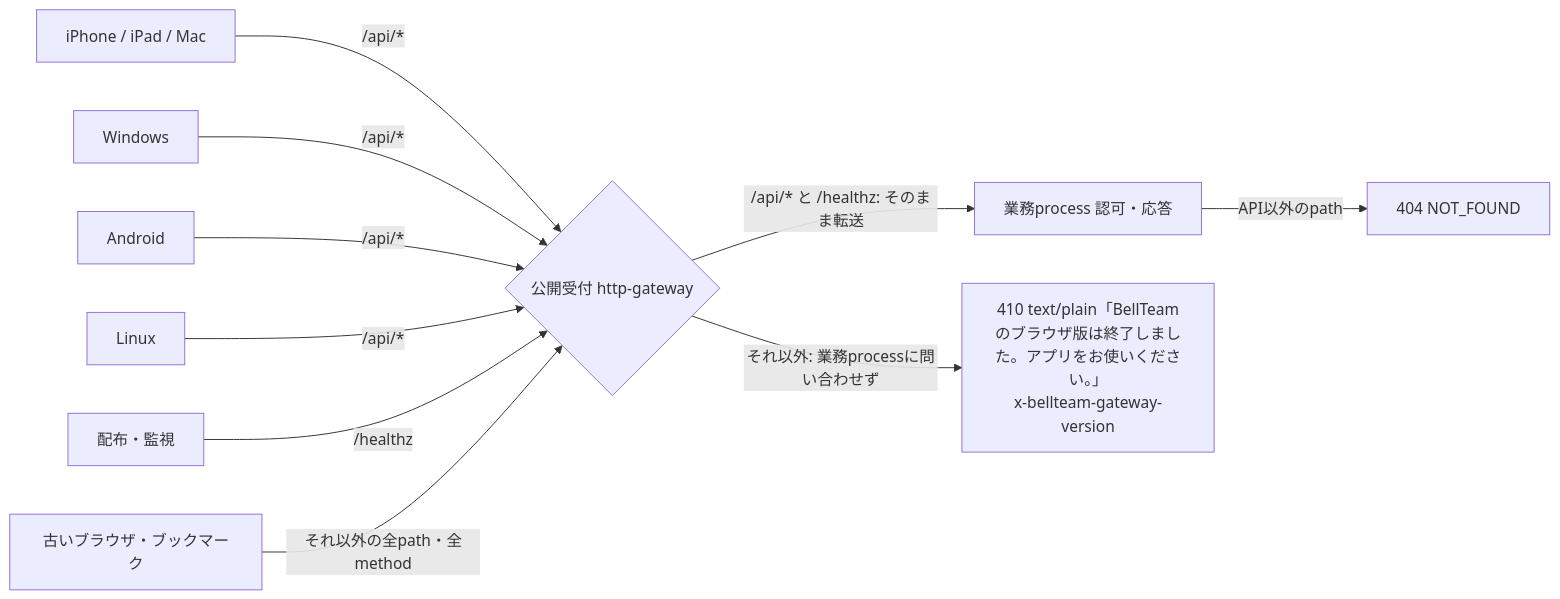
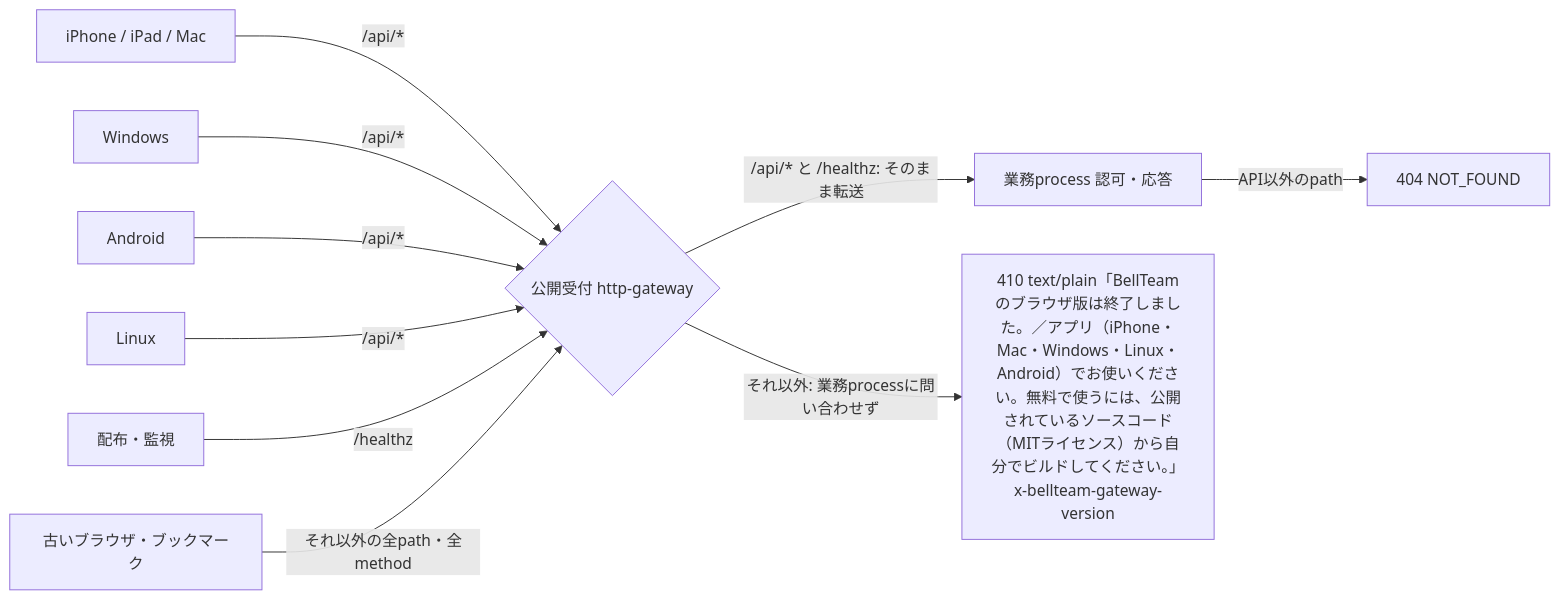
Before and after one commit to kitepon/BellTeam: the second of 2 diagrams in docs/architecture/modules/web/gateway-builtin.md, drawn with Mermaid. The commit also changed 2 other files, not shown here.

Commit message:
a487-web-ui-removal: the end notice names the apps and the OSS way (Tronie's wording)

````diff
--- a/docs/architecture/modules/web/gateway-builtin.md
+++ b/docs/architecture/modules/web/gateway-builtin.md
@@ -43,12 +43,12 @@
 ```mermaid
 flowchart LR
   Apple[iPhone / iPad / Mac] -->|/api/*| Gate
   Win[Windows] -->|/api/*| Gate
   And[Android] -->|/api/*| Gate
   Lin[Linux] -->|/api/*| Gate
   Mon[配布・監視] -->|/healthz| Gate
   Old[古いブラウザ・ブックマーク] -->|それ以外の全path・全method| Gate
   Gate{公開受付 http-gateway} -->|/api/* と /healthz: そのまま転送| Biz[業務process 認可・応答]
-  Gate -->|それ以外: 業務processに問い合わせず| Notice[410 text/plain「BellTeamのブラウザ版は終了しました。アプリをお使いください。」<br/>x-bellteam-gateway-version]
+  Gate -->|それ以外: 業務processに問い合わせず| Notice[410 text/plain「BellTeamのブラウザ版は終了しました。／アプリ（iPhone・Mac・Windows・Linux・Android）でお使いください。無料で使うには、公開されているソースコード（MITライセンス）から自分でビルドしてください。」<br/>x-bellteam-gateway-version]
   Biz -->|API以外のpath| NotFound[404 NOT_FOUND]
 ```
````
